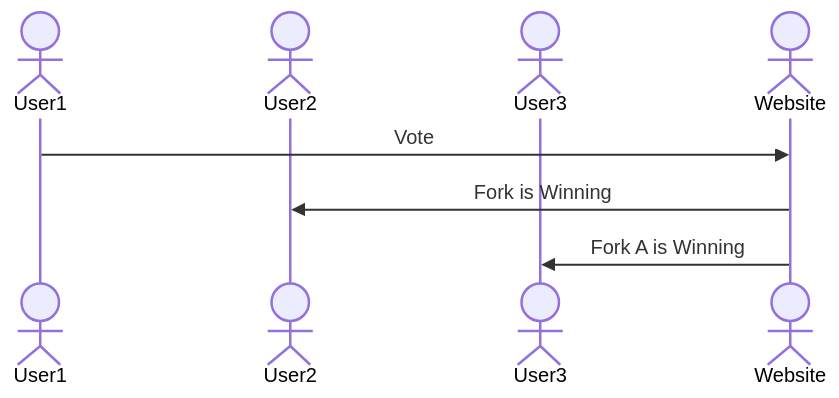
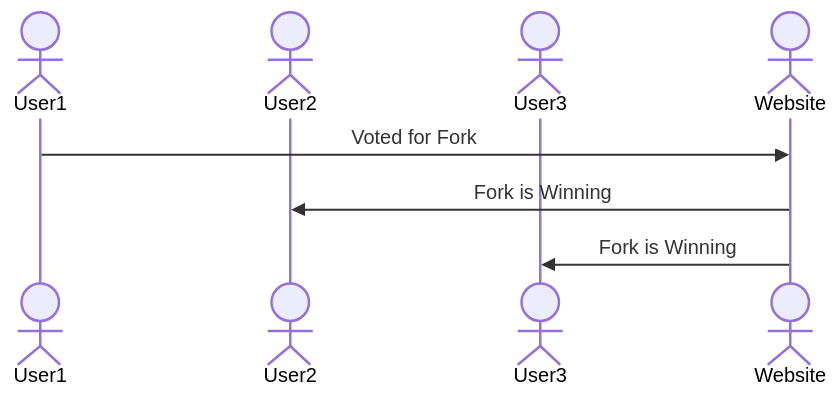
The diagram in README.md (SpencerG-BYU/startup), drawn with Mermaid before and after one commit. The commit also changed other lines of this file, not shown here.

Commit message:
diagram draft

````diff
--- a/README.md
+++ b/README.md
@@ -34,13 +34,13 @@
 ```mermaid
 sequenceDiagram
     actor User1
     actor User2
     actor User3
     actor Website
-    User1->>Website: Vote
+    User1->>Website: Voted for Fork
     Website->>User2: Fork is Winning
-    Website->>User3: Fork A is Winning
+    Website->>User3: Fork is Winning
 
 
 
 ```
````
